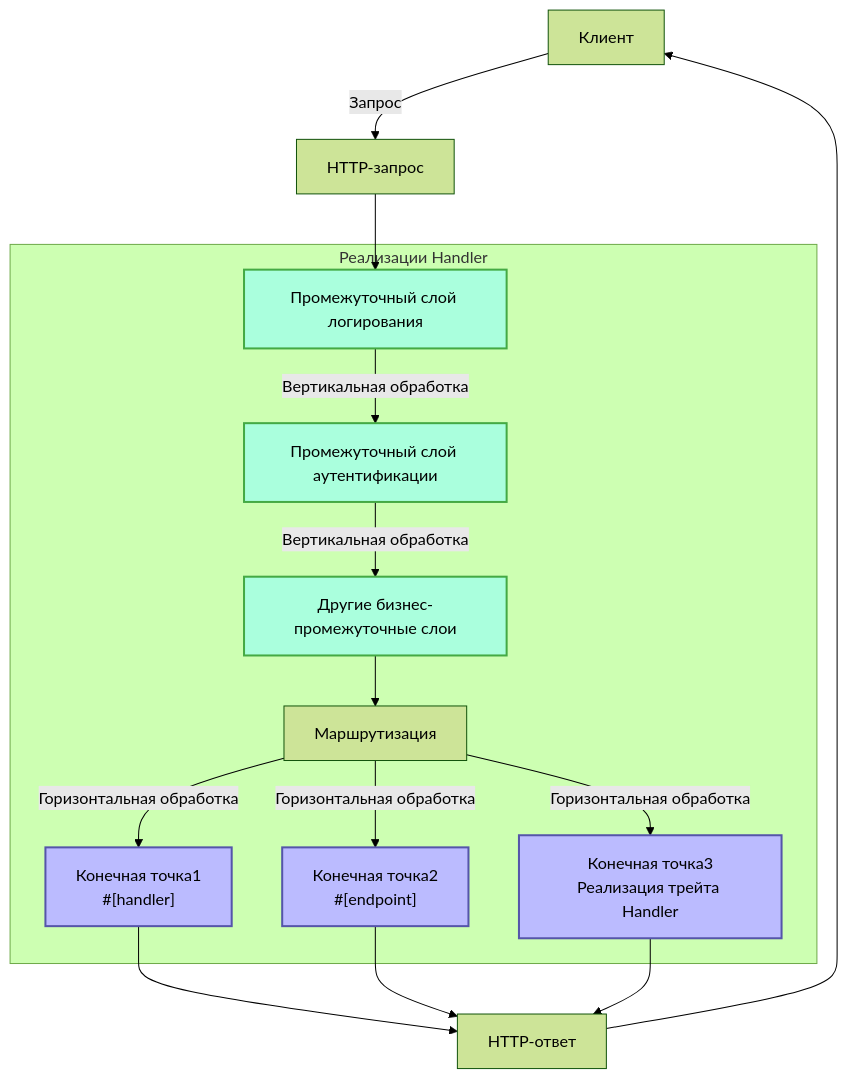
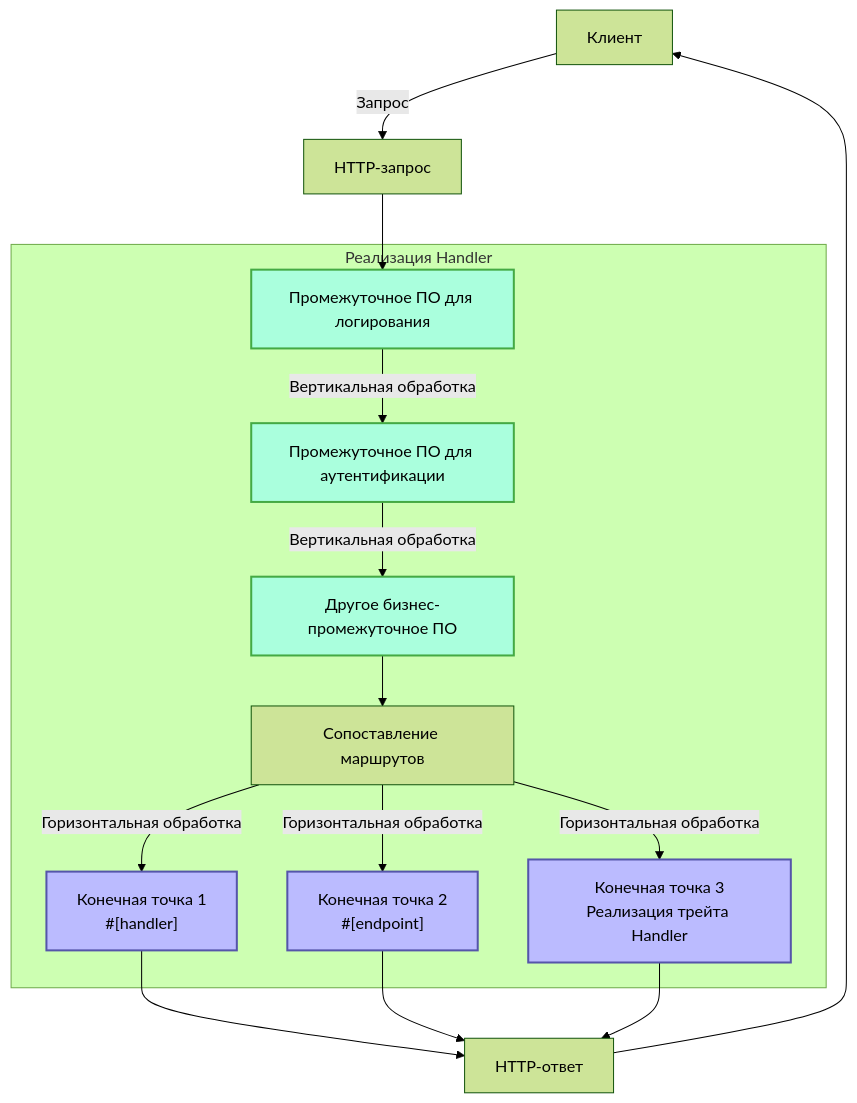
One commit to salvo-rs/website changed the first of 2 diagrams in docs/ru/guide/concepts/handler.mdx. Above: the diagram before and after it, drawn with Mermaid (forest theme). The commit also changed other lines of this file and 1062 other files, not shown here.

````diff
--- a/docs/ru/guide/concepts/handler.mdx
+++ b/docs/ru/guide/concepts/handler.mdx
@@ -15,25 +15,25 @@
 ```mermaid
 flowchart TD
     Client[Клиент] -->|Запрос| Request[HTTP-запрос]
     Request --> M1
 
-    subgraph "Реализации Handler"
-        M1[Промежуточный слой логирования] -->|Вертикальная обработка| M2[Промежуточный слой аутентификации] -->|Вертикальная обработка| M3[Другие бизнес-промежуточные слои]
-        M3 --> Router[Маршрутизация]
+    subgraph "Реализация Handler"
+        M1[Промежуточное ПО для логирования] -->|Вертикальная обработка| M2[Промежуточное ПО для аутентификации] -->|Вертикальная обработка| M3[Другое бизнес-промежуточное ПО]
+        M3 --> Router[Сопоставление маршрутов]
 
-        Router -->|Горизонтальная обработка| E1["Конечная точка1<br>#[handler]"]
-        Router -->|Горизонтальная обработка| E2["Конечная точка2<br>#[endpoint]"]
-        Router -->|Горизонтальная обработка| E3["Конечная точка3<br>Реализация трейта Handler"]
+        Router -->|Горизонтальная обработка| E1["Конечная точка 1<br>#[handler]"]
+        Router -->|Горизонтальная обработка| E2["Конечная точка 2<br>#[endpoint]"]
+        Router -->|Горизонтальная обработка| E3["Конечная точка 3<br>Реализация трейта Handler"]
     end
 
     E1 --> Response[HTTP-ответ]
     E2 --> Response
     E3 --> Response
     Response --> Client
 
     classDef middleware fill:#afd,stroke:#4a4,stroke-width:2px;
     classDef endpoint fill:#bbf,stroke:#55a,stroke-width:2px;
 
     class M1,M2,M3 middleware;
     class E1,E2,E3 endpoint;
 ```
````
